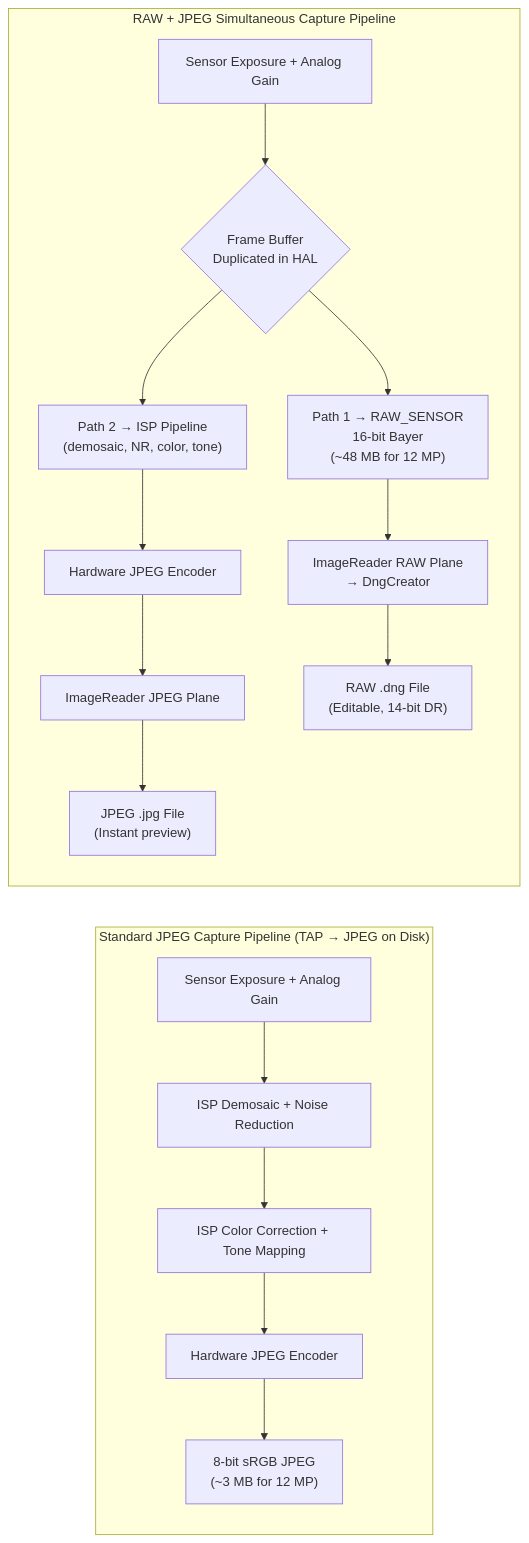
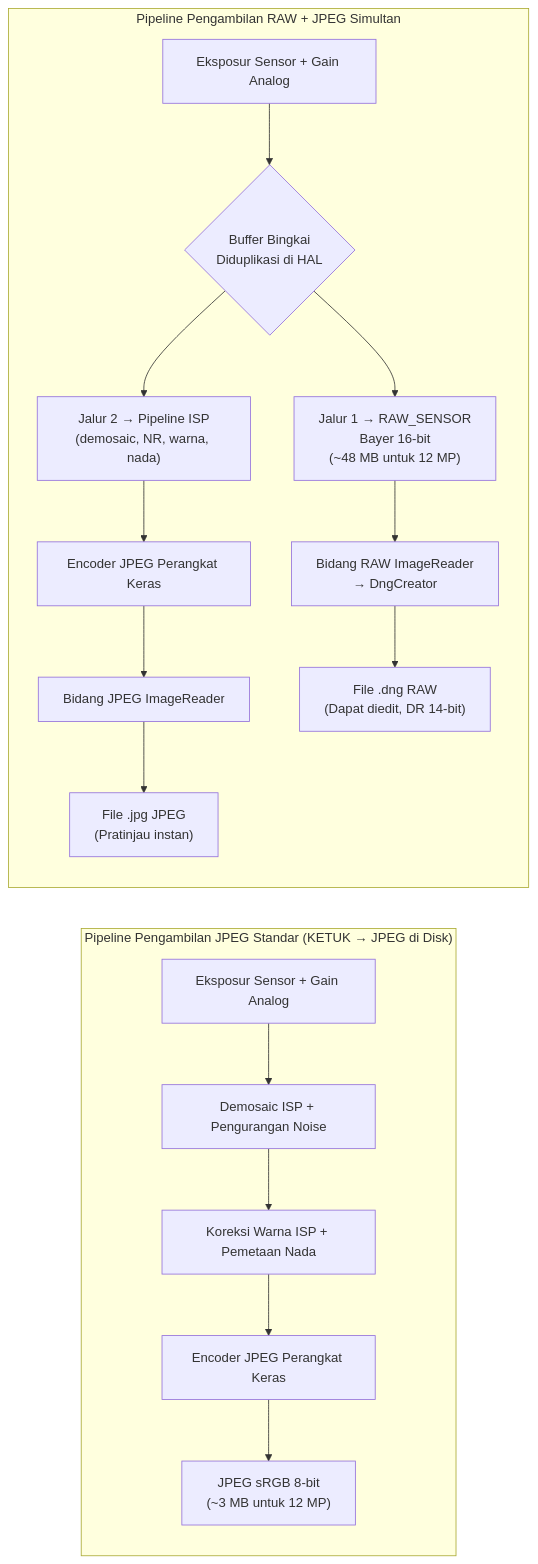
The third of 3 diagrams in website/i18n/id/docusaurus-plugin-content-docs/current/camera2/raw-photography.md (zoozooll/AndroidCameraParameters), drawn with Mermaid before and after one commit. The commit also changed other lines of this file and 378 other files, not shown here.

````diff
--- a/website/i18n/id/docusaurus-plugin-content-docs/current/camera2/raw-photography.md
+++ b/website/i18n/id/docusaurus-plugin-content-docs/current/camera2/raw-photography.md
@@ -325,20 +325,20 @@
 ```mermaid
 flowchart LR
-    subgraph Standard["Standard JPEG Capture Pipeline (TAP → JPEG on Disk)"]
-        A[Sensor Exposure + Analog Gain] --> B[ISP Demosaic + Noise Reduction]
-        B --> C[ISP Color Correction + Tone Mapping]
-        C --> D[Hardware JPEG Encoder]
-        D --> E["8-bit sRGB JPEG\n(~3 MB for 12 MP)"]
+    subgraph Standard["Pipeline Pengambilan JPEG Standar (KETUK → JPEG di Disk)"]
+        A["Eksposur Sensor + Gain Analog"] --> B["Demosaic ISP + Pengurangan Noise"]
+        B --> C["Koreksi Warna ISP + Pemetaan Nada"]
+        C --> D["Encoder JPEG Perangkat Keras"]
+        D --> E["JPEG sRGB 8-bit<br/>(~3 MB untuk 12 MP)"]
     end
 
-    subgraph RawCapture["RAW + JPEG Simultaneous Capture Pipeline"]
-        F[Sensor Exposure + Analog Gain] --> G{Frame Buffer\nDuplicated in HAL}
-        G --> H["Path 1 → RAW_SENSOR\n16-bit Bayer\n(~48 MB for 12 MP)"]
-        G --> I["Path 2 → ISP Pipeline\n(demosaic, NR, color, tone)"]
-        I --> J[Hardware JPEG Encoder]
-        H --> K["ImageReader RAW Plane\n→ DngCreator"]
-        J --> L["ImageReader JPEG Plane"]
-        K --> M["RAW .dng File\n(Editable, 14-bit DR)"]
-        L --> N["JPEG .jpg File\n(Instant preview)"]
+    subgraph RawCapture["Pipeline Pengambilan RAW + JPEG Simultan"]
+        F["Eksposur Sensor + Gain Analog"] --> G{Buffer Bingkai<br/>Diduplikasi di HAL}
+        G --> H["Jalur 1 → RAW_SENSOR<br/>Bayer 16-bit<br/>(~48 MB untuk 12 MP)"]
+        G --> I["Jalur 2 → Pipeline ISP<br/>(demosaic, NR, warna, nada)"]
+        I --> J["Encoder JPEG Perangkat Keras"]
+        H --> K["Bidang RAW ImageReader<br/>→ DngCreator"]
+        J --> L["Bidang JPEG ImageReader"]
+        K --> M["File .dng RAW<br/>(Dapat diedit, DR 14-bit)"]
+        L --> N["File .jpg JPEG<br/>(Pratinjau instan)"]
     end
 ```
````
